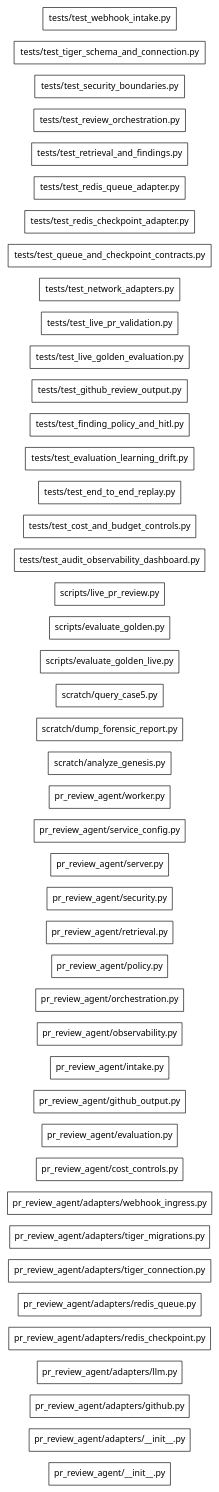
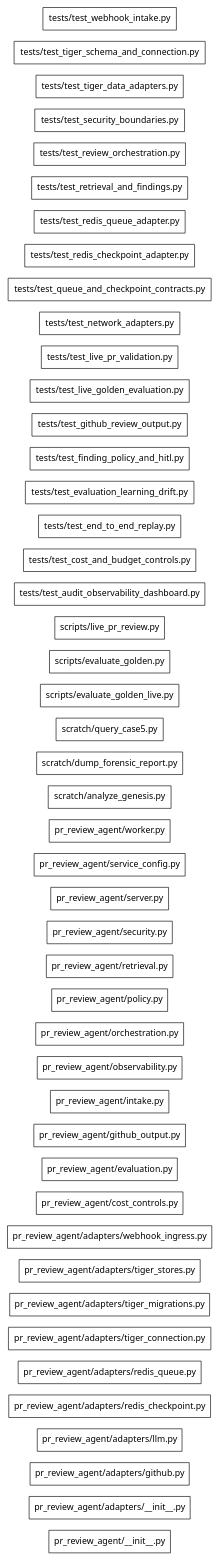
Before and after one commit to Ayush-Kant/PR-Review-Agent: the diagram in .genesis/index/graph.dot, drawn with Graphviz. The commit also changed 18 other files, not shown here.

Commit message:
feat(tiger): implement production data adapters (W1-06)

```diff
--- a/.genesis/index/graph.dot
+++ b/.genesis/index/graph.dot
@@ -1,49 +1,51 @@
 digraph genesis {
   rankdir=LR;
   node [shape=box,fontname="system-ui"];
   "file:pr_review_agent/__init__.py" [label="pr_review_agent/__init__.py",class="file"];
   "file:pr_review_agent/adapters/__init__.py" [label="pr_review_agent/adapters/__init__.py",class="file"];
   "file:pr_review_agent/adapters/github.py" [label="pr_review_agent/adapters/github.py",class="file"];
   "file:pr_review_agent/adapters/llm.py" [label="pr_review_agent/adapters/llm.py",class="file"];
   "file:pr_review_agent/adapters/redis_checkpoint.py" [label="pr_review_agent/adapters/redis_checkpoint.py",class="file"];
   "file:pr_review_agent/adapters/redis_queue.py" [label="pr_review_agent/adapters/redis_queue.py",class="file"];
   "file:pr_review_agent/adapters/tiger_connection.py" [label="pr_review_agent/adapters/tiger_connection.py",class="file"];
   "file:pr_review_agent/adapters/tiger_migrations.py" [label="pr_review_agent/adapters/tiger_migrations.py",class="file"];
+  "file:pr_review_agent/adapters/tiger_stores.py" [label="pr_review_agent/adapters/tiger_stores.py",class="file"];
   "file:pr_review_agent/adapters/webhook_ingress.py" [label="pr_review_agent/adapters/webhook_ingress.py",class="file"];
   "file:pr_review_agent/cost_controls.py" [label="pr_review_agent/cost_controls.py",class="file"];
   "file:pr_review_agent/evaluation.py" [label="pr_review_agent/evaluation.py",class="file"];
   "file:pr_review_agent/github_output.py" [label="pr_review_agent/github_output.py",class="file"];
   "file:pr_review_agent/intake.py" [label="pr_review_agent/intake.py",class="file"];
   "file:pr_review_agent/observability.py" [label="pr_review_agent/observability.py",class="file"];
   "file:pr_review_agent/orchestration.py" [label="pr_review_agent/orchestration.py",class="file"];
   "file:pr_review_agent/policy.py" [label="pr_review_agent/policy.py",class="file"];
   "file:pr_review_agent/retrieval.py" [label="pr_review_agent/retrieval.py",class="file"];
   "file:pr_review_agent/security.py" [label="pr_review_agent/security.py",class="file"];
   "file:pr_review_agent/server.py" [label="pr_review_agent/server.py",class="file"];
   "file:pr_review_agent/service_config.py" [label="pr_review_agent/service_config.py",class="file"];
   "file:pr_review_agent/worker.py" [label="pr_review_agent/worker.py",class="file"];
   "file:scratch/analyze_genesis.py" [label="scratch/analyze_genesis.py",class="file"];
   "file:scratch/dump_forensic_report.py" [label="scratch/dump_forensic_report.py",class="file"];
   "file:scratch/query_case5.py" [label="scratch/query_case5.py",class="file"];
   "file:scripts/evaluate_golden_live.py" [label="scripts/evaluate_golden_live.py",class="file"];
   "file:scripts/evaluate_golden.py" [label="scripts/evaluate_golden.py",class="file"];
   "file:scripts/live_pr_review.py" [label="scripts/live_pr_review.py",class="file"];
   "file:tests/test_audit_observability_dashboard.py" [label="tests/test_audit_observability_dashboard.py",class="file"];
   "file:tests/test_cost_and_budget_controls.py" [label="tests/test_cost_and_budget_controls.py",class="file"];
   "file:tests/test_end_to_end_replay.py" [label="tests/test_end_to_end_replay.py",class="file"];
   "file:tests/test_evaluation_learning_drift.py" [label="tests/test_evaluation_learning_drift.py",class="file"];
   "file:tests/test_finding_policy_and_hitl.py" [label="tests/test_finding_policy_and_hitl.py",class="file"];
   "file:tests/test_github_review_output.py" [label="tests/test_github_review_output.py",class="file"];
   "file:tests/test_live_golden_evaluation.py" [label="tests/test_live_golden_evaluation.py",class="file"];
   "file:tests/test_live_pr_validation.py" [label="tests/test_live_pr_validation.py",class="file"];
   "file:tests/test_network_adapters.py" [label="tests/test_network_adapters.py",class="file"];
   "file:tests/test_queue_and_checkpoint_contracts.py" [label="tests/test_queue_and_checkpoint_contracts.py",class="file"];
   "file:tests/test_redis_checkpoint_adapter.py" [label="tests/test_redis_checkpoint_adapter.py",class="file"];
   "file:tests/test_redis_queue_adapter.py" [label="tests/test_redis_queue_adapter.py",class="file"];
   "file:tests/test_retrieval_and_findings.py" [label="tests/test_retrieval_and_findings.py",class="file"];
   "file:tests/test_review_orchestration.py" [label="tests/test_review_orchestration.py",class="file"];
   "file:tests/test_security_boundaries.py" [label="tests/test_security_boundaries.py",class="file"];
+  "file:tests/test_tiger_data_adapters.py" [label="tests/test_tiger_data_adapters.py",class="file"];
   "file:tests/test_tiger_schema_and_connection.py" [label="tests/test_tiger_schema_and_connection.py",class="file"];
   "file:tests/test_webhook_intake.py" [label="tests/test_webhook_intake.py",class="file"];
 
 }
```
